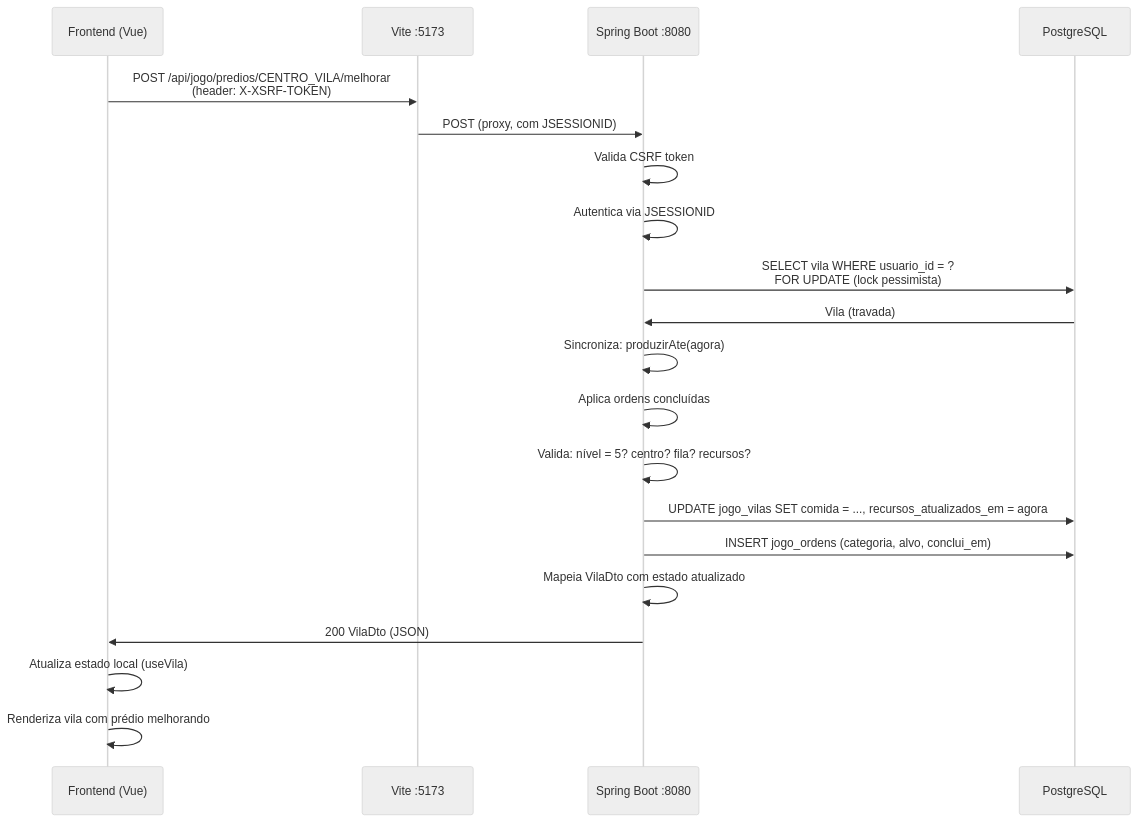
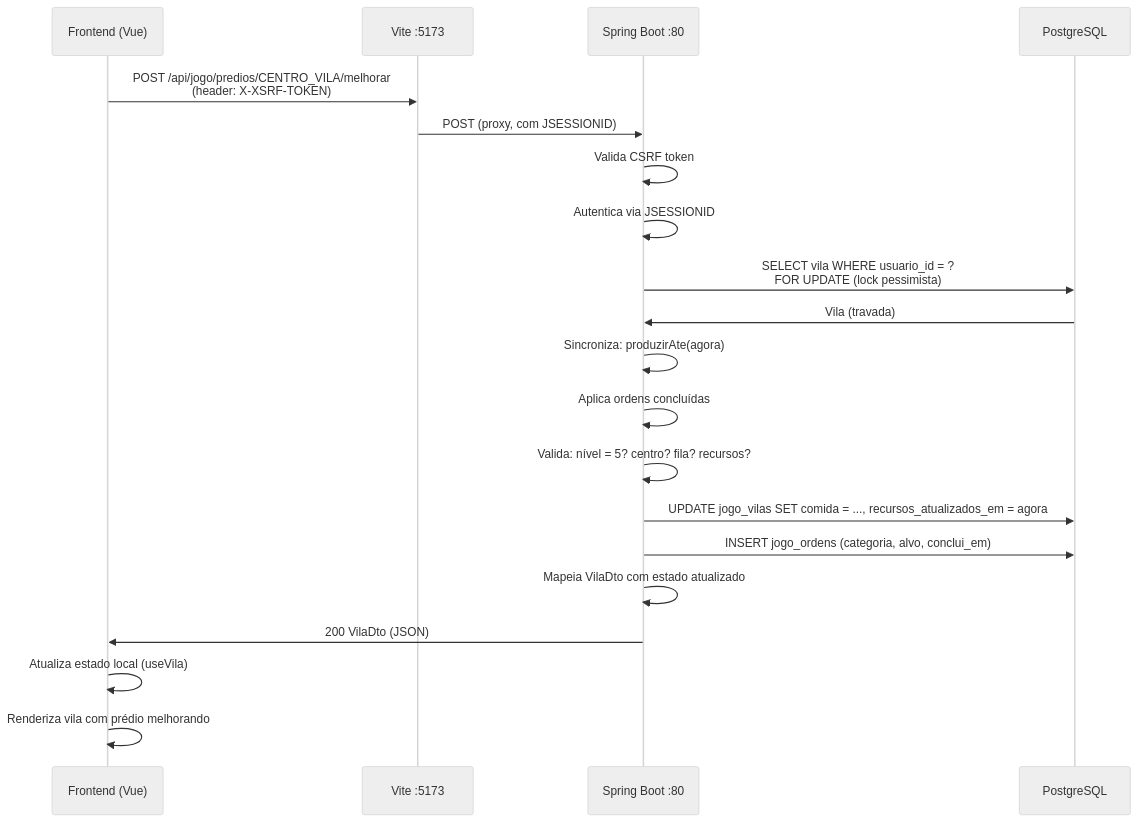
One commit to adielsantosaraujo/login_base changed the sixth of 8 diagrams in docs/04-arquitetura.md. Above: the diagram before and after it, drawn with Mermaid (neutral theme). The commit also changed other lines of this file and 25 other files, not shown here.

````diff
--- a/docs/04-arquitetura.md
+++ b/docs/04-arquitetura.md
@@ -441,28 +441,28 @@
 ```mermaid
 sequenceDiagram
     participant UI as Frontend (Vue)
     participant Vite as Vite :5173
-    participant App as Spring Boot :8080
+    participant App as Spring Boot :80
     participant DB as PostgreSQL
     
     UI->>Vite: POST /api/jogo/predios/CENTRO_VILA/melhorar<br/>(header: X-XSRF-TOKEN)
     Vite->>App: POST (proxy, com JSESSIONID)
     
     App->>App: Valida CSRF token
     App->>App: Autentica via JSESSIONID
     App->>DB: SELECT vila WHERE usuario_id = ?<br/>FOR UPDATE (lock pessimista)
     DB->>App: Vila (travada)
     
     App->>App: Sincroniza: produzirAte(agora)
     App->>App: Aplica ordens concluídas
     App->>App: Valida: nível = 5? centro? fila? recursos?
     
     App->>DB: UPDATE jogo_vilas SET comida = ..., recursos_atualizados_em = agora
     App->>DB: INSERT jogo_ordens (categoria, alvo, conclui_em)
     
     App->>App: Mapeia VilaDto com estado atualizado
     App->>UI: 200 VilaDto (JSON)
     
     UI->>UI: Atualiza estado local (useVila)
     UI->>UI: Renderiza vila com prédio melhorando
 ```
````
